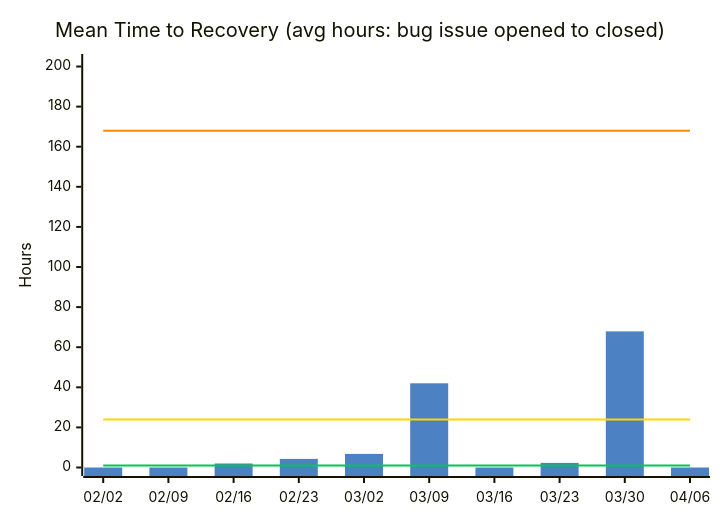
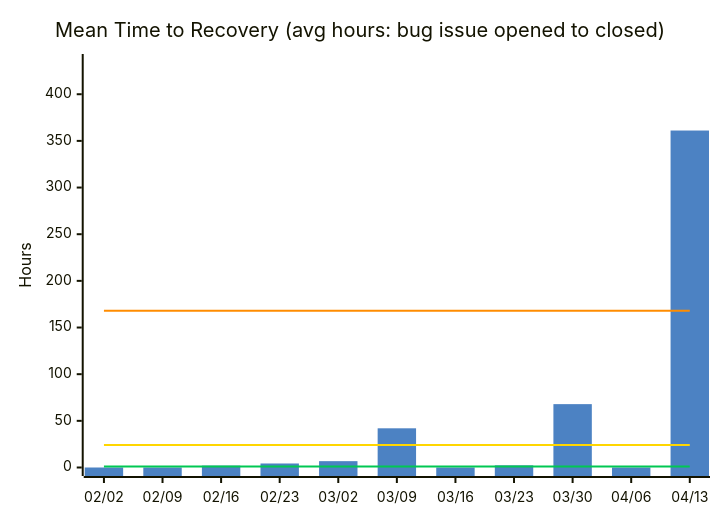
The fourth of 14 diagrams in docs/metrics.md (nablarch/nabledge-dev), drawn with Mermaid before and after one commit. The commit also changed other lines of this file and 2 other files, not shown here.

````diff
--- a/docs/metrics.md
+++ b/docs/metrics.md
@@ -73,11 +73,11 @@
 ```mermaid
 %%{init: {'theme': 'base', 'themeVariables': {'xyChart': {'plotColorPalette': '#4C82C3,#00C853,#FFD600,#FF8C00'}}}}%%
 xychart-beta
   title "Mean Time to Recovery (avg hours: bug issue opened to closed)"
-  x-axis ["02/02", "02/09", "02/16", "02/23", "03/02", "03/09", "03/16", "03/23", "03/30", "04/06"]
-  y-axis "Hours" 0 --> 202
-  bar [0, 0, 2, 4.3, 6.8, 42, 0, 2.3, 67.9, 0]
-  line [1, 1, 1, 1, 1, 1, 1, 1, 1, 1]
-  line [24, 24, 24, 24, 24, 24, 24, 24, 24, 24]
-  line [168, 168, 168, 168, 168, 168, 168, 168, 168, 168]
+  x-axis ["02/02", "02/09", "02/16", "02/23", "03/02", "03/09", "03/16", "03/23", "03/30", "04/06", "04/13"]
+  y-axis "Hours" 0 --> 434
+  bar [0, 0, 2, 4.3, 6.8, 42, 0, 2.3, 67.9, 0, 361.1]
+  line [1, 1, 1, 1, 1, 1, 1, 1, 1, 1, 1]
+  line [24, 24, 24, 24, 24, 24, 24, 24, 24, 24, 24]
+  line [168, 168, 168, 168, 168, 168, 168, 168, 168, 168, 168]
 ```
````
